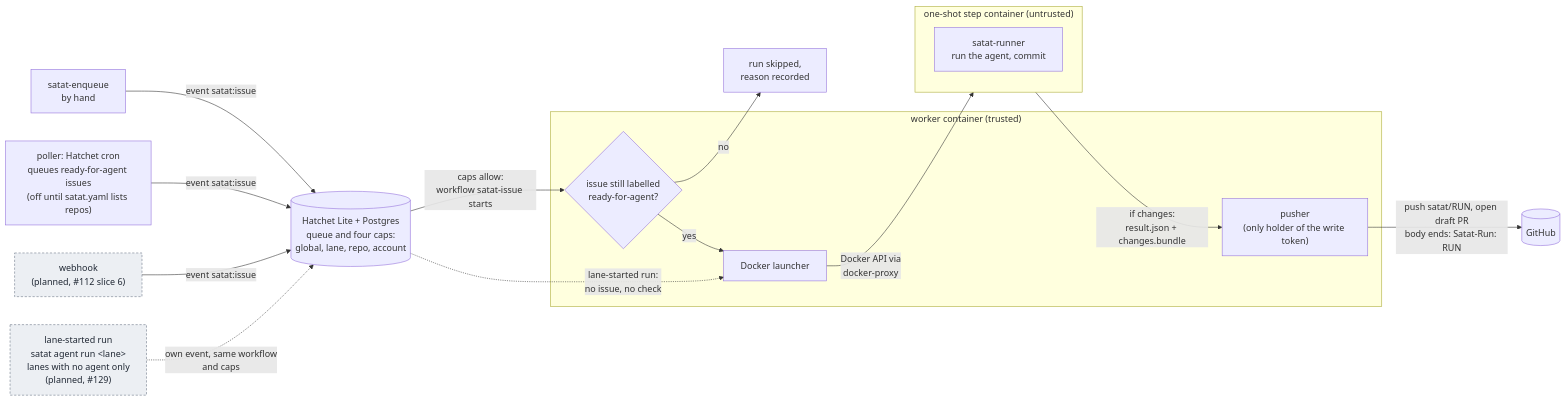
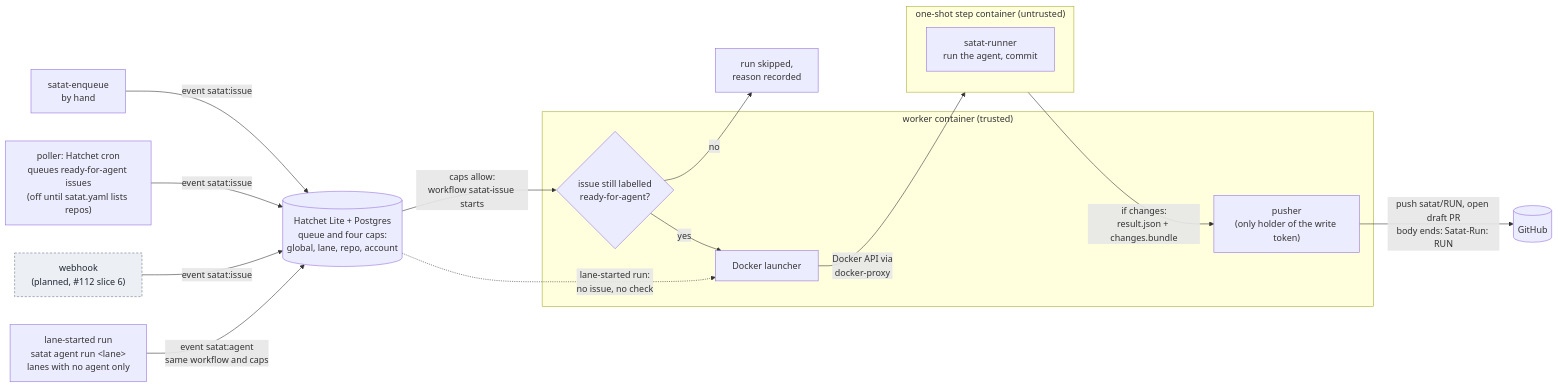
The diagram in docs/design.md (javatarz/satat), drawn with Mermaid before and after one commit. The commit also changed other lines of this file and 12 other files, not shown here.

First line of the commit message:
Gate lane-started runs on agent lanes #129

````diff
--- a/docs/design.md
+++ b/docs/design.md
@@ -26,36 +26,36 @@
 ```mermaid
 flowchart LR
   enq["satat-enqueue<br/>by hand"]
   poll["poller: Hatchet cron<br/>queues ready-for-agent issues<br/>(off until satat.yaml lists repos)"]
   hook["webhook<br/>(planned, #112 slice 6)"]
-  lanerun["lane-started run<br/>satat agent run &lt;lane&gt;<br/>lanes with no agent only<br/>(planned, #129)"]
+  lanerun["lane-started run<br/>satat agent run &lt;lane&gt;<br/>lanes with no agent only"]
 
   queue[("Hatchet Lite + Postgres<br/>queue and four caps:<br/>global, lane, repo, account")]
 
   enq -- "event satat:issue" --> queue
   poll -- "event satat:issue" --> queue
   hook -- "event satat:issue" --> queue
-  lanerun -. "own event, same workflow<br/>and caps" .-> queue
+  lanerun -- "event satat:agent<br/>same workflow and caps" --> queue
 
   subgraph worker["worker container (trusted)"]
     ready{"issue still labelled<br/>ready-for-agent?"}
     launch["Docker launcher"]
     push["pusher<br/>(only holder of the write token)"]
   end
 
   queue -- "caps allow:<br/>workflow satat-issue starts" --> ready
   ready -- "no" --> skip["run skipped,<br/>reason recorded"]
   ready -- "yes" --> launch
   queue -. "lane-started run:<br/>no issue, no check" .-> launch
   launch -- "Docker API via<br/>docker-proxy" --> step
 
   subgraph step["one-shot step container (untrusted)"]
     runner["satat-runner<br/>run the agent, commit"]
   end
 
   step -- "if changes:<br/>result.json + changes.bundle" --> push
   push -- "push satat/RUN, open draft PR<br/>body ends: Satat-Run: RUN" --> gh[(GitHub)]
 
   classDef planned fill:#eceff3,stroke:#6b7685,color:#1f2733,stroke-dasharray:4 3
-  class hook,lanerun planned
+  class hook planned
 ```
````
